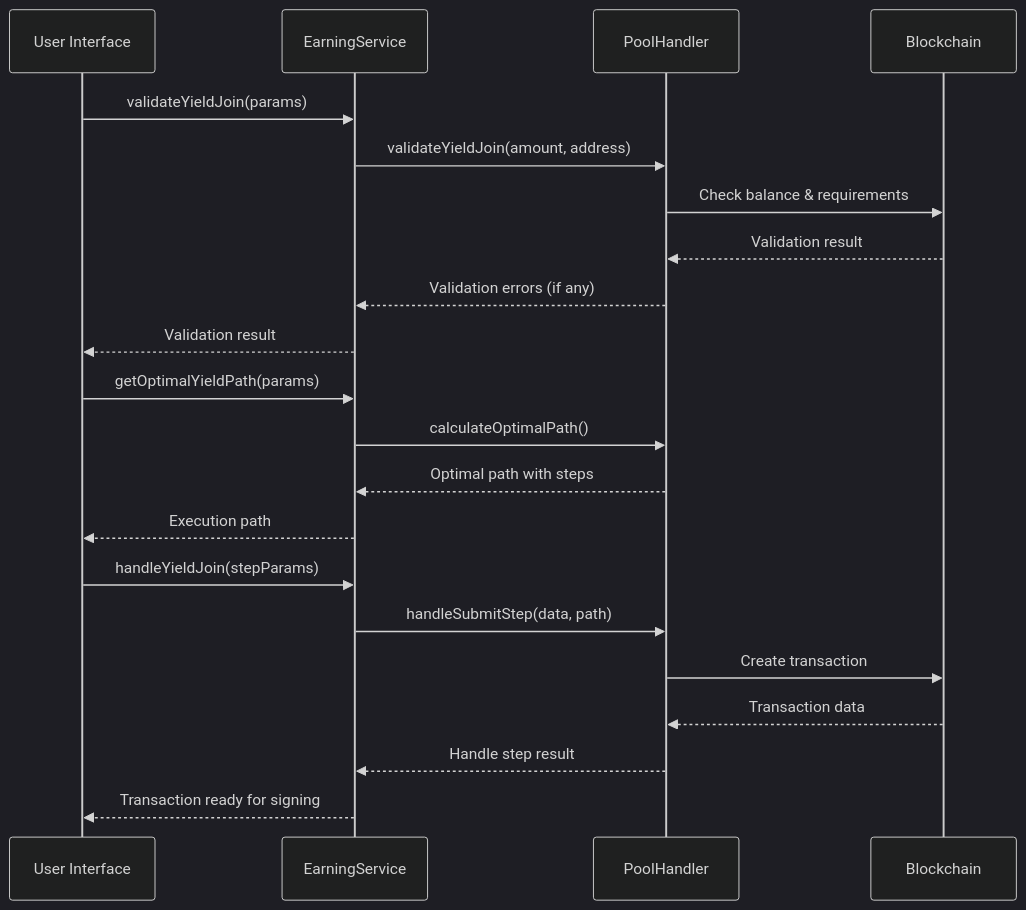
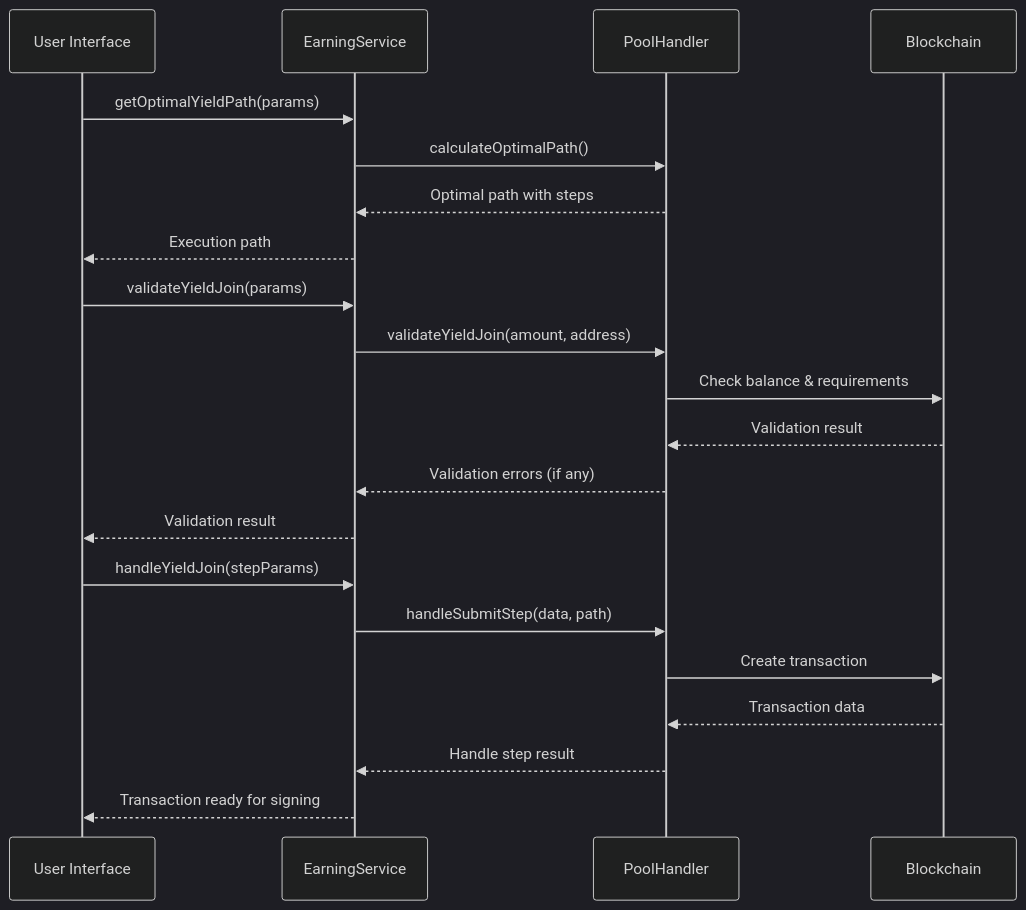
Before and after one commit to Koniverse/SubWallet-Extension: the third of 6 diagrams in packages/extension-base/src/services/earning-service/README.md, drawn with Mermaid (dark theme). The commit also changed other lines of this file, not shown here.

Commit message:
[DOCS] [Earning] Update some logic flow

````diff
--- a/packages/extension-base/src/services/earning-service/README.md
+++ b/packages/extension-base/src/services/earning-service/README.md
@@ -463,26 +463,26 @@
 ```mermaid
 sequenceDiagram
     participant UI as User Interface
     participant ES as EarningService
     participant PH as PoolHandler
     participant Chain as Blockchain
+        
+    UI->>ES: getOptimalYieldPath(params)
+    ES->>PH: calculateOptimalPath()
+    PH-->>ES: Optimal path with steps
+    ES-->>UI: Execution path
     
     UI->>ES: validateYieldJoin(params)
     ES->>PH: validateYieldJoin(amount, address)
     PH->>Chain: Check balance & requirements
     Chain-->>PH: Validation result
     PH-->>ES: Validation errors (if any)
     ES-->>UI: Validation result
-    
-    UI->>ES: getOptimalYieldPath(params)
-    ES->>PH: calculateOptimalPath()
-    PH-->>ES: Optimal path with steps
-    ES-->>UI: Execution path
-    
+
     UI->>ES: handleYieldJoin(stepParams)
     ES->>PH: handleSubmitStep(data, path)
     PH->>Chain: Create transaction
     Chain-->>PH: Transaction data
     PH-->>ES: Handle step result
     ES-->>UI: Transaction ready for signing
 ```
````
